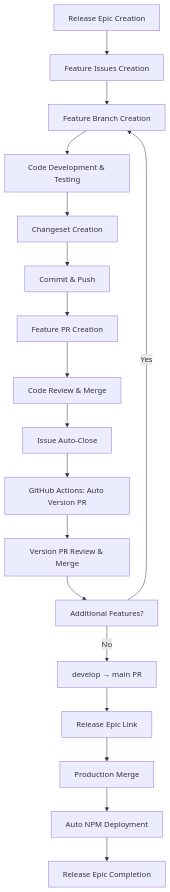
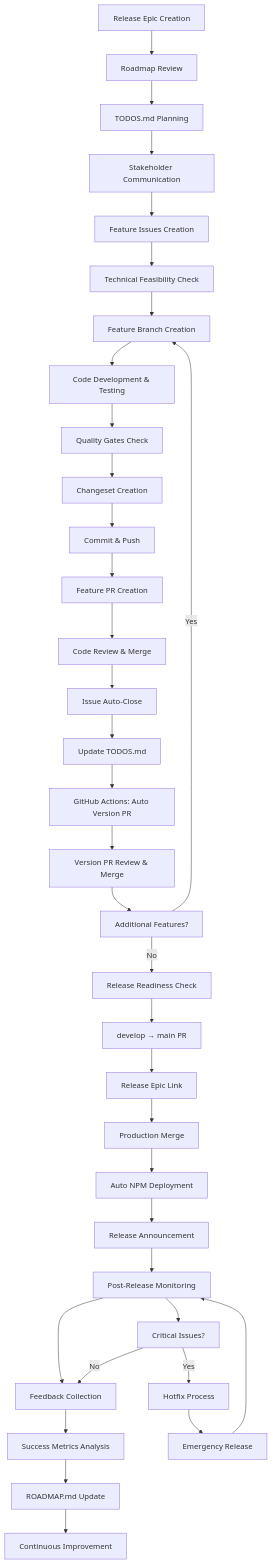
The first of 2 diagrams in .cursor/rules/figmaikr-professional-workflow.mdc (easylogic/cssma), drawn with Mermaid before and after one commit. The commit also changed other lines of this file and 1 other file, not shown here.

````diff
--- a/.cursor/rules/figmaikr-professional-workflow.mdc
+++ b/.cursor/rules/figmaikr-professional-workflow.mdc
@@ -14,20 +14,38 @@
 ```mermaid
 graph TD
-    A[Release Epic Creation] --> B[Feature Issues Creation]
-    B --> C[Feature Branch Creation]
+    A[Release Epic Creation] --> A1[Roadmap Review]
+    A1 --> A2[TODOS.md Planning]
+    A2 --> A3[Stakeholder Communication]
+    A3 --> B[Feature Issues Creation]
+    B --> B1[Technical Feasibility Check]
+    B1 --> C[Feature Branch Creation]
     C --> D[Code Development & Testing]
-    D --> E[Changeset Creation]
+    D --> D1[Quality Gates Check]
+    D1 --> E[Changeset Creation]
     E --> F[Commit & Push]
     F --> G[Feature PR Creation]
     G --> H[Code Review & Merge]
     H --> I[Issue Auto-Close]
-    I --> J[GitHub Actions: Auto Version PR]
+    I --> I1[Update TODOS.md]
+    I1 --> J[GitHub Actions: Auto Version PR]
     J --> K[Version PR Review & Merge]
     K --> L[Additional Features?]
     L -->|Yes| C
-    L -->|No| M[develop → main PR]
-    M --> N[Release Epic Link]
-    N --> O[Production Merge]
-    O --> P[Auto NPM Deployment]
-    P --> Q[Release Epic Completion]
+    L -->|No| M[Release Readiness Check]
+    M --> N[develop → main PR]
+    N --> O[Release Epic Link]
+    O --> P[Production Merge]
+    P --> Q[Auto NPM Deployment]
+    Q --> R[Release Announcement]
+    R --> S[Post-Release Monitoring]
+    S --> T[Feedback Collection]
+    T --> U[Success Metrics Analysis]
+    U --> V[ROADMAP.md Update]
+    V --> W[Continuous Improvement]
+    
+    S --> S1[Critical Issues?]
+    S1 -->|Yes| S2[Hotfix Process]
+    S1 -->|No| T
+    S2 --> S3[Emergency Release]
+    S3 --> S
 ```
````
